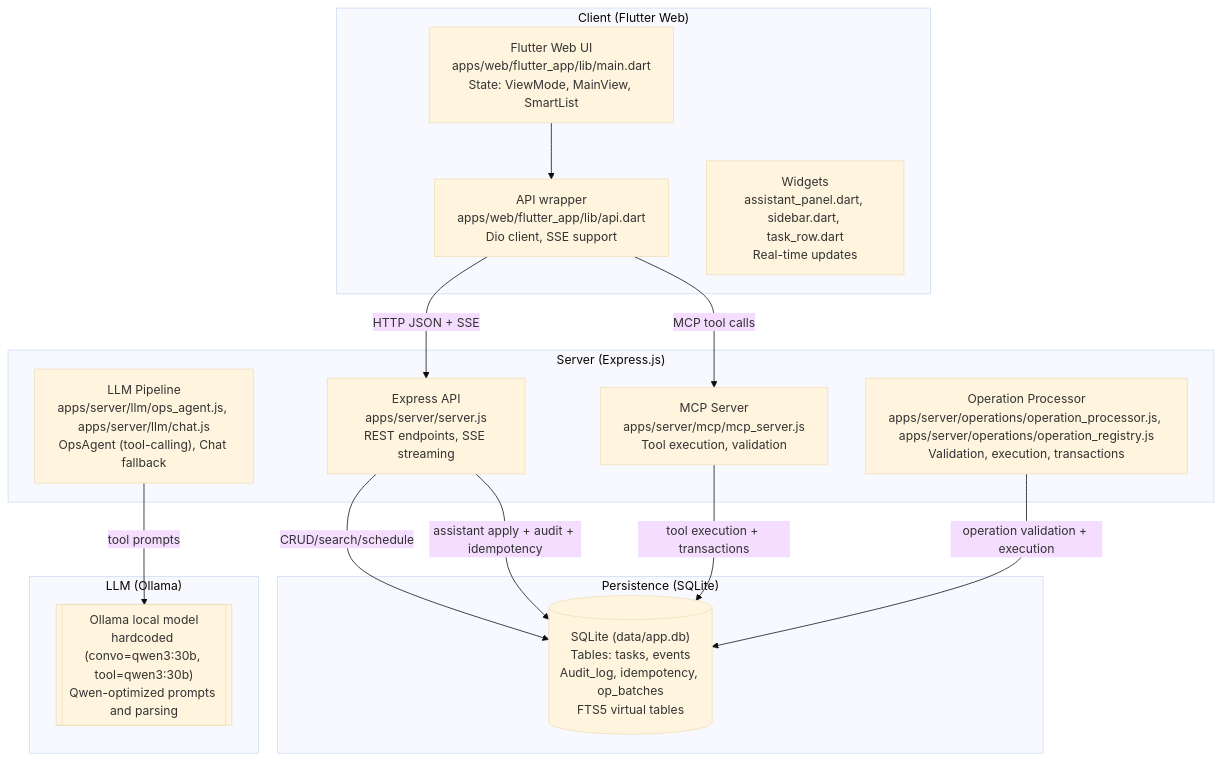
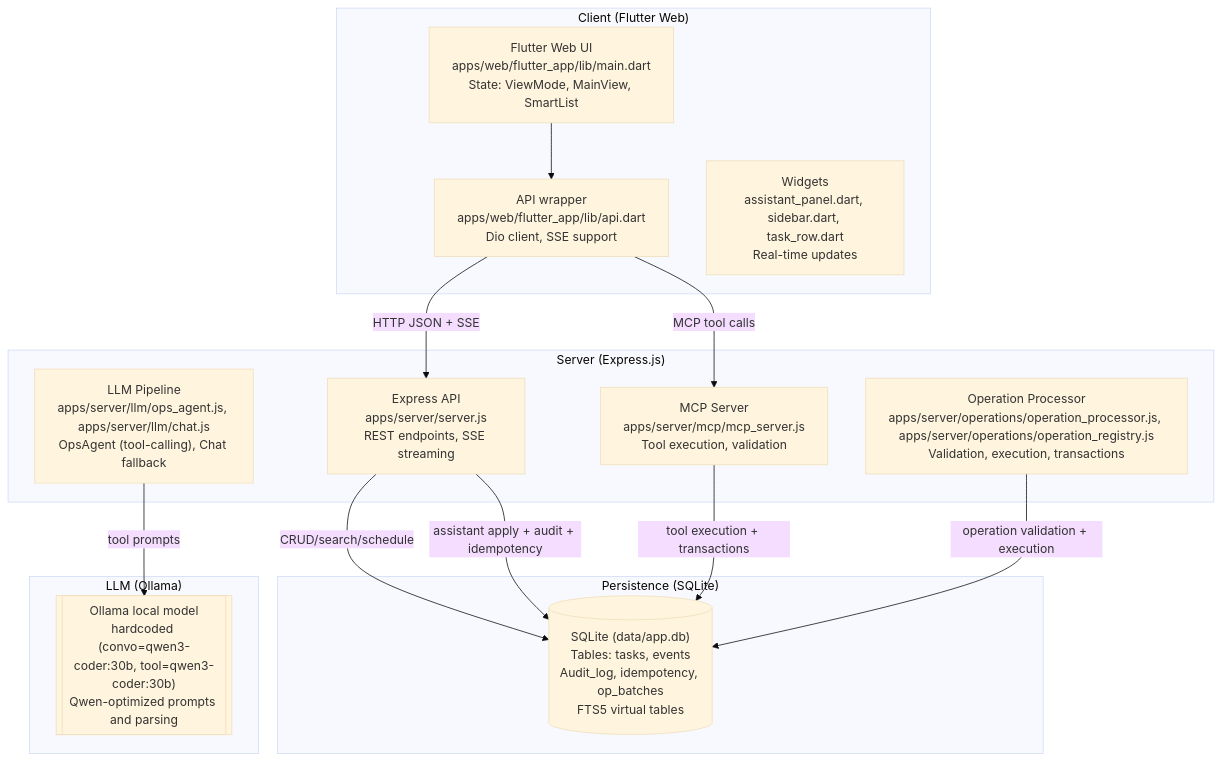
The first of 2 diagrams in docs/mindmap/README.md (dantheman454/habit_app), drawn with Mermaid (base theme) before and after one commit. The commit also changed other lines of this file and 5 other files, not shown here.

````diff
--- a/docs/mindmap/README.md
+++ b/docs/mindmap/README.md
@@ -7,29 +7,29 @@
 ```mermaid
 graph TD
   subgraph "Client (Flutter Web)"
     A["Flutter Web UI\napps/web/flutter_app/lib/main.dart\nState: ViewMode, MainView, SmartList"]
     A2["API wrapper\napps/web/flutter_app/lib/api.dart\nDio client, SSE support"]
     A3["Widgets\nassistant_panel.dart, sidebar.dart, task_row.dart\nReal-time updates"]
   end
   subgraph "Server (Express.js)"
     B["Express API\napps/server/server.js\nREST endpoints, SSE streaming"]
     B2["MCP Server\napps/server/mcp/mcp_server.js\nTool execution, validation"]
     B3["LLM Pipeline\napps/server/llm/ops_agent.js, apps/server/llm/chat.js\nOpsAgent (tool-calling), Chat fallback"]
     B4["Operation Processor\napps/server/operations/operation_processor.js, apps/server/operations/operation_registry.js\nValidation, execution, transactions"]
   end
   subgraph "Persistence (SQLite)"
     P[("SQLite (data/app.db)\nTables: tasks, events\nAudit_log, idempotency, op_batches\nFTS5 virtual tables")]
   end
   subgraph "LLM (Ollama)"
-    F[["Ollama local model\nhardcoded (convo=qwen3:30b, tool=qwen3:30b)\nQwen-optimized prompts and parsing"]]
+    F[["Ollama local model\nhardcoded (convo=qwen3-coder:30b, tool=qwen3-coder:30b)\nQwen-optimized prompts and parsing"]]
   end
 
   A --> A2
   A2 -->|"HTTP JSON + SSE"| B
   A2 -->|"MCP tool calls"| B2
   B -->|"CRUD/search/schedule"| P
   B -->|"assistant apply + audit + idempotency"| P
   B3 -->|"tool prompts"| F
   B2 -->|"tool execution + transactions"| P
   B4 -->|"operation validation + execution"| P
 ```
````
